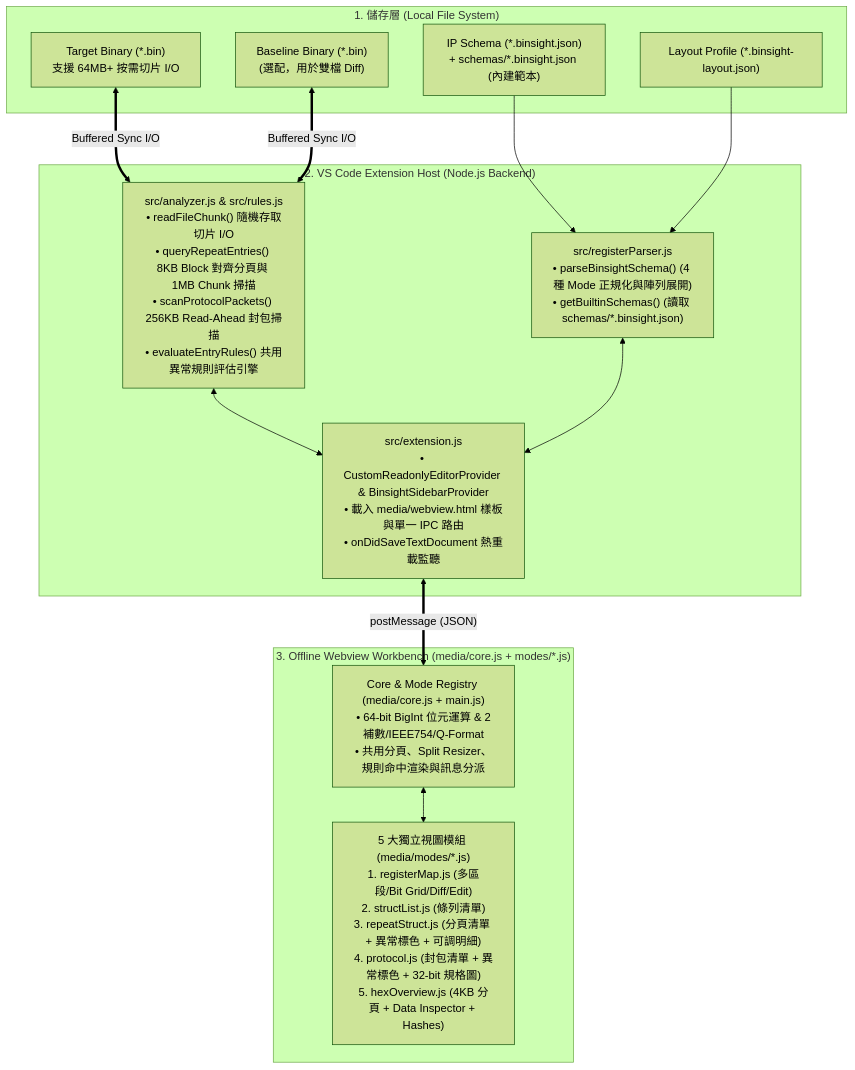
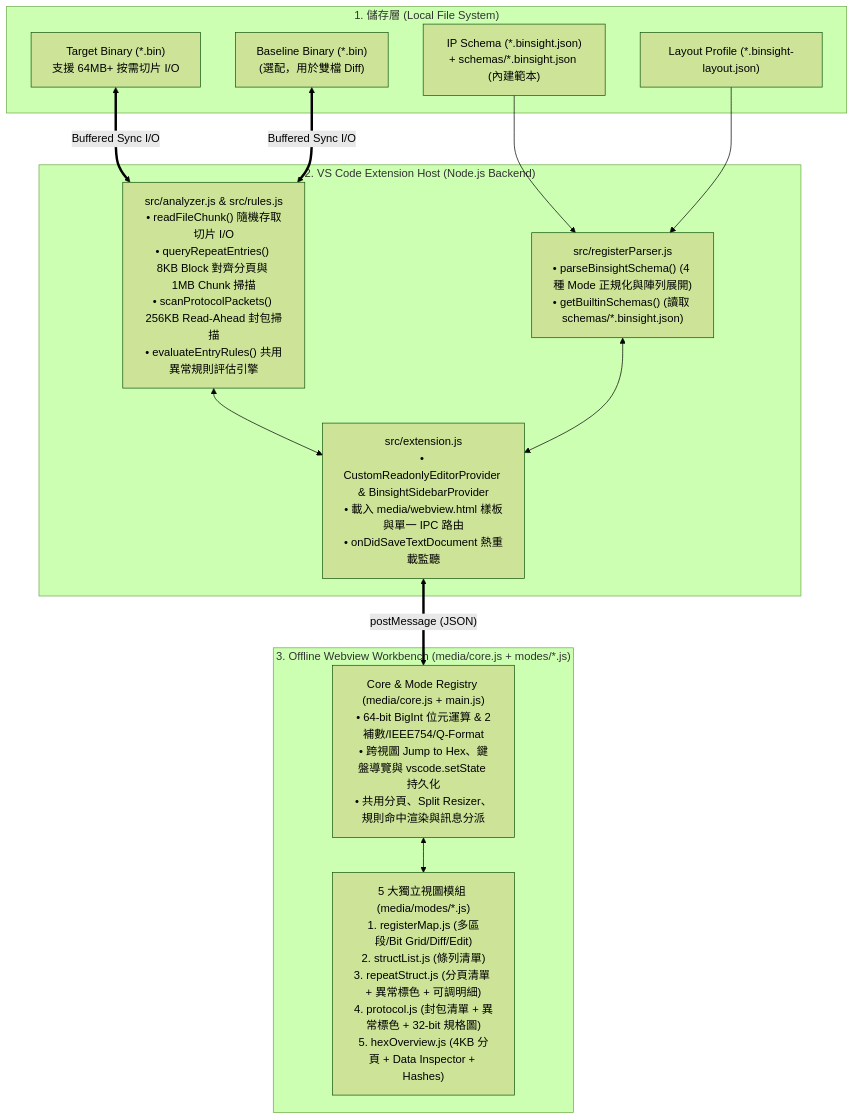
Before and after one commit to cy023/binsight: the diagram in DESIGN.md, drawn with Mermaid (forest theme). The commit also changed other lines of this file and 23 other files, not shown here.

````diff
--- a/DESIGN.md
+++ b/DESIGN.md
@@ -12,27 +12,27 @@
 ```mermaid
 flowchart TB
     subgraph Disk["1. 儲存層 (Local File System)"]
         BIN["Target Binary (*.bin)<br/>支援 64MB+ 按需切片 I/O"]
         BASE_BIN["Baseline Binary (*.bin)<br/>(選配，用於雙檔 Diff)"]
         SCH["IP Schema (*.binsight.json)<br/>+ schemas/*.binsight.json (內建範本)"]
         LAY["Layout Profile (*.binsight-layout.json)"]
     end
 
     subgraph ExtHost["2. VS Code Extension Host (Node.js Backend)"]
         EXT["src/extension.js<br/>• CustomReadonlyEditorProvider & BinsightSidebarProvider<br/>• 載入 media/webview.html 樣板與單一 IPC 路由<br/>• onDidSaveTextDocument 熱重載監聽"]
         ANA["src/analyzer.js & src/rules.js<br/>• readFileChunk() 隨機存取切片 I/O<br/>• queryRepeatEntries() 8KB Block 對齊分頁與 1MB Chunk 掃描<br/>• scanProtocolPackets() 256KB Read-Ahead 封包掃描<br/>• evaluateEntryRules() 共用異常規則評估引擎"]
         PAR["src/registerParser.js<br/>• parseBinsightSchema() (4 種 Mode 正規化與陣列展開)<br/>• getBuiltinSchemas() (讀取 schemas/*.binsight.json)"]
     end
 
     subgraph Webview["3. Offline Webview Workbench (media/core.js + modes/*.js)"]
-        STATE["Core & Mode Registry (media/core.js + main.js)<br/>• 64-bit BigInt 位元運算 & 2補數/IEEE754/Q-Format<br/>• 共用分頁、Split Resizer、規則命中渲染與訊息分派"]
+        STATE["Core & Mode Registry (media/core.js + main.js)<br/>• 64-bit BigInt 位元運算 & 2補數/IEEE754/Q-Format<br/>• 跨視圖 Jump to Hex、鍵盤導覽與 vscode.setState 持久化<br/>• 共用分頁、Split Resizer、規則命中渲染與訊息分派"]
         VIEWS["5 大獨立視圖模組 (media/modes/*.js)<br/>1. registerMap.js (多區段/Bit Grid/Diff/Edit)<br/>2. structList.js (條列清單)<br/>3. repeatStruct.js (分頁清單 + 異常標色 + 可調明細)<br/>4. protocol.js (封包清單 + 異常標色 + 32-bit 規格圖)<br/>5. hexOverview.js (4KB 分頁 + Data Inspector + Hashes)"]
     end
 
     BIN & BASE_BIN <== "Buffered Sync I/O" ==> ANA
     SCH & LAY --> PAR
     ANA <--> EXT
     PAR <--> EXT
     EXT <== "postMessage (JSON)" ==> STATE
     STATE <--> VIEWS
 ```
````
